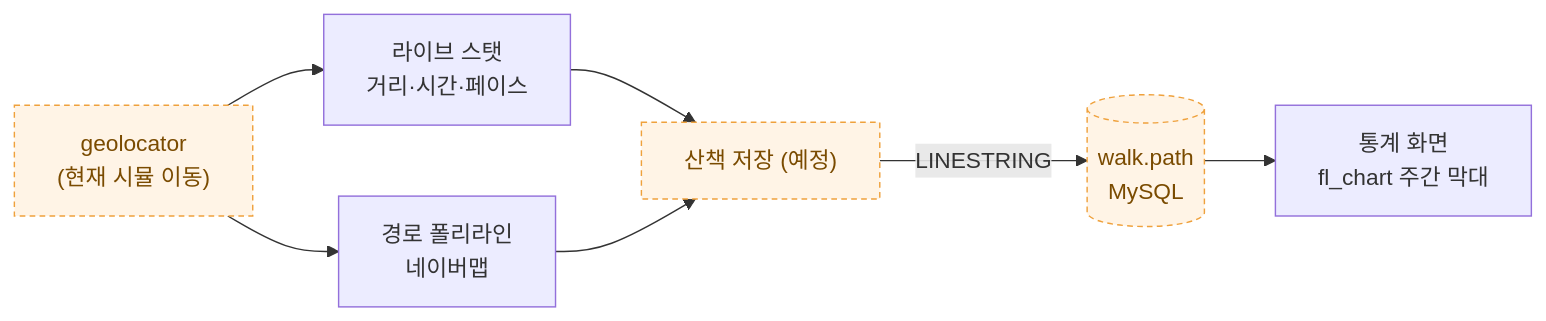
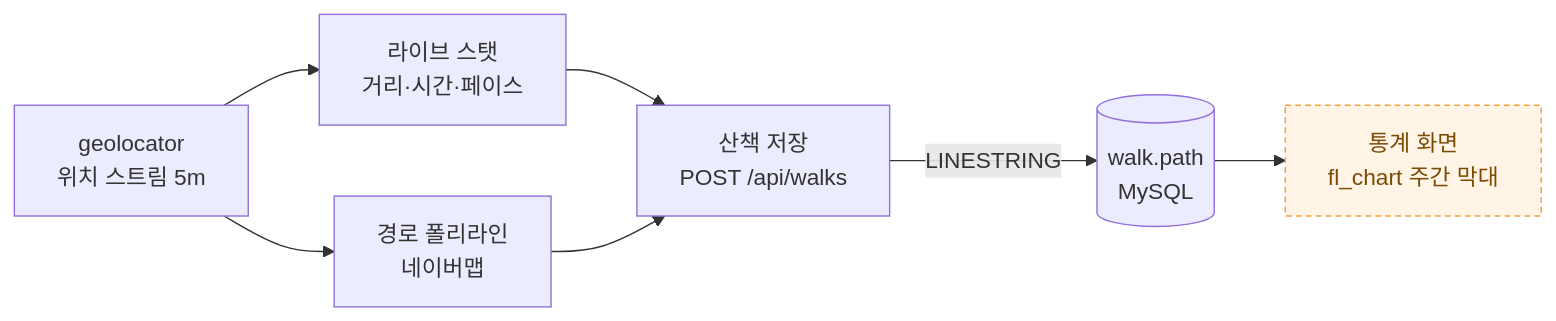
One commit to sanghyunbang/pawloop changed the fourth of 5 diagrams in docs/02-architecture/system-overview.md. Above: the diagram before and after it, drawn with Mermaid. The commit also changed other lines of this file and 13 other files, not shown here.

````diff
--- a/docs/02-architecture/system-overview.md
+++ b/docs/02-architecture/system-overview.md
@@ -197,12 +197,12 @@
 ```mermaid
 flowchart LR
-    GPS["geolocator<br/>(현재 시뮬 이동)"] --> STAT["라이브 스탯<br/>거리·시간·페이스"]
+    GPS["geolocator<br/>위치 스트림 5m"] --> STAT["라이브 스탯<br/>거리·시간·페이스"]
     GPS --> POLY["경로 폴리라인<br/>네이버맵"]
-    STAT --> SAVE["산책 저장 (예정)"]
+    STAT --> SAVE["산책 저장<br/>POST /api/walks"]
     POLY --> SAVE
     SAVE -->|"LINESTRING"| WALK[("walk.path<br/>MySQL")]
     WALK --> CHART["통계 화면<br/>fl_chart 주간 막대"]
 
     classDef dummy fill:#FFF4E6,stroke:#EFA13C,color:#7a4b00,stroke-dasharray:4 3;
-    class GPS,SAVE,WALK dummy;
+    class CHART dummy;
 ```
````
